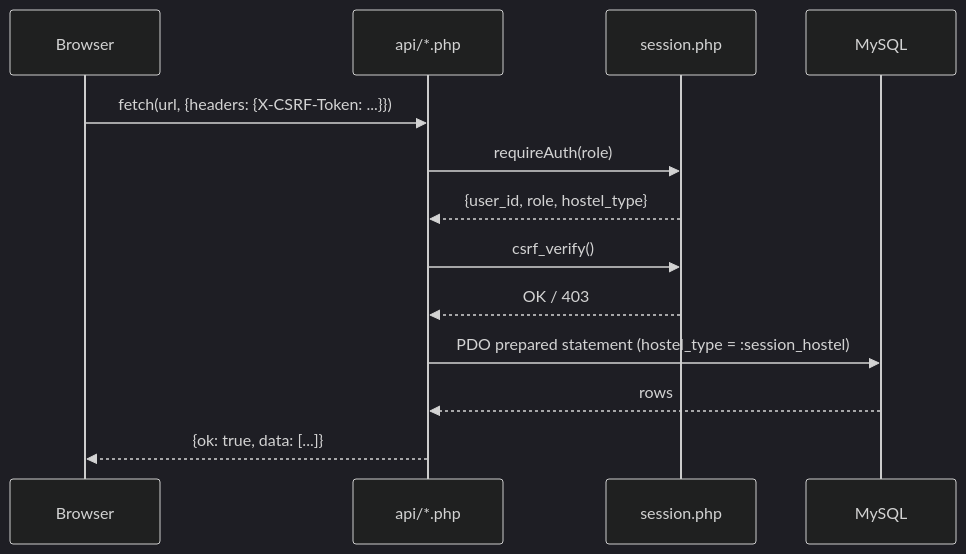
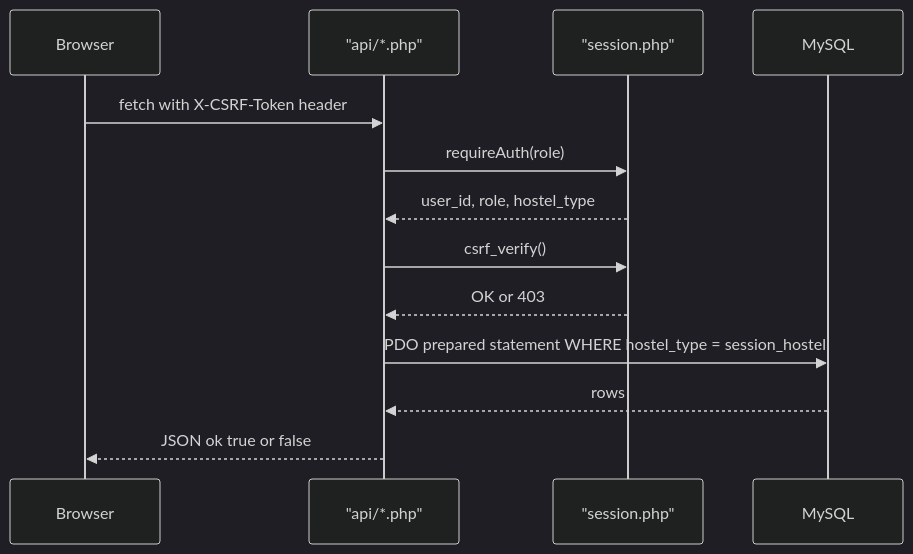
Before and after one commit to srivastavaamishka-glitch/Hostel-Management-System-IIIT-KOTA-: the second of 3 diagrams in README.md, drawn with Mermaid (dark theme). The commit also changed other lines of this file, not shown here.

````diff
--- a/README.md
+++ b/README.md
@@ -101,16 +109,16 @@
 ```mermaid
 sequenceDiagram
     participant B as Browser
-    participant API as api/*.php
-    participant Sess as session.php
+    participant API as "api/*.php"
+    participant Sess as "session.php"
     participant DB as MySQL
 
-    B->>API: fetch(url, {headers: {X-CSRF-Token: ...}})
+    B->>API: fetch with X-CSRF-Token header
     API->>Sess: requireAuth(role)
-    Sess-->>API: {user_id, role, hostel_type}
+    Sess-->>API: user_id, role, hostel_type
     API->>Sess: csrf_verify()
-    Sess-->>API: OK / 403
-    API->>DB: PDO prepared statement (hostel_type = :session_hostel)
+    Sess-->>API: OK or 403
+    API->>DB: PDO prepared statement WHERE hostel_type = session_hostel
     DB-->>API: rows
-    API-->>B: {ok: true, data: [...]}
+    API-->>B: JSON ok true or false
 ```
````
